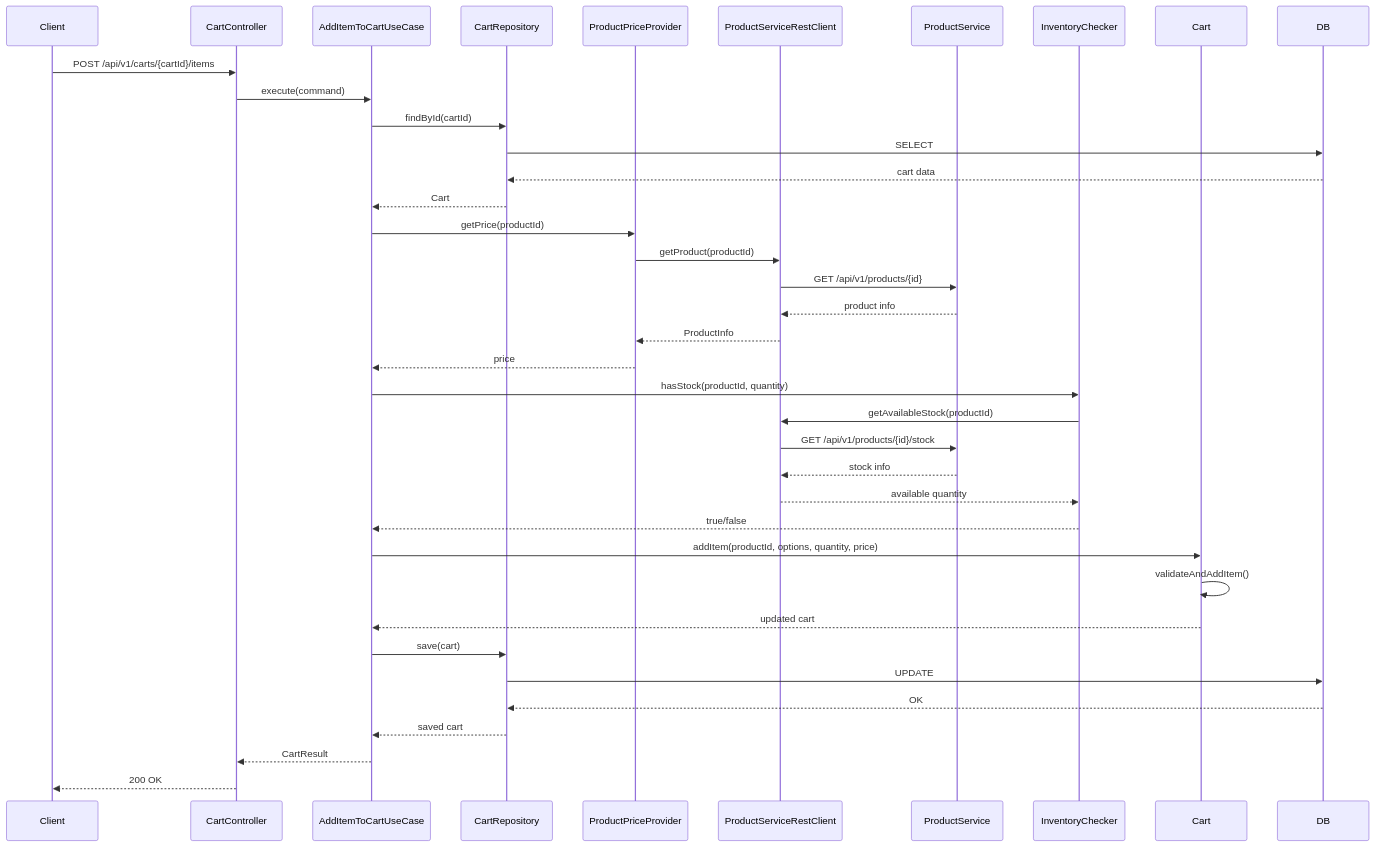
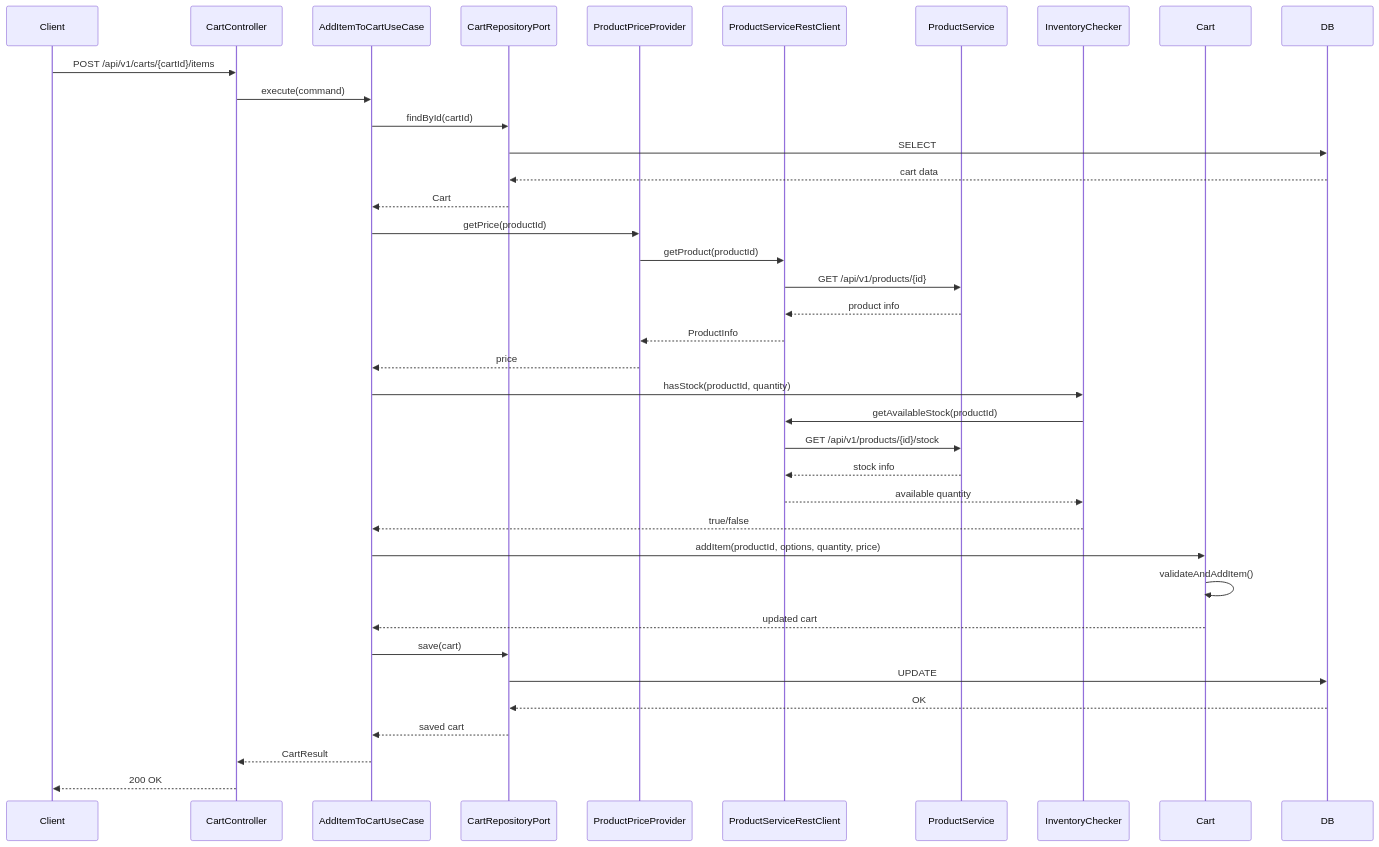
The second of 7 diagrams in purchasing-service/hexagonal/docs/sequence-diagrams.md (INNER-CIRCLE-ICD4/Project-3.-Commerce-2), drawn with Mermaid before and after one commit. The commit also changed other lines of this file, not shown here.

Commit message:
다이어그램에 반영

````diff
--- a/purchasing-service/hexagonal/docs/sequence-diagrams.md
+++ b/purchasing-service/hexagonal/docs/sequence-diagrams.md
@@ -37,52 +43,52 @@
 ```mermaid
 sequenceDiagram
     participant Client
     participant CartController
     participant AddItemToCartUseCase
-    participant CartRepository
+    participant CartRepositoryPort
     participant ProductPriceProvider
     participant ProductServiceRestClient
     participant ProductService
     participant InventoryChecker
     participant Cart
     participant DB
 
     Client->>CartController: POST /api/v1/carts/{cartId}/items
     CartController->>AddItemToCartUseCase: execute(command)
     
     %% 장바구니 조회
-    AddItemToCartUseCase->>CartRepository: findById(cartId)
-    CartRepository->>DB: SELECT
-    DB-->>CartRepository: cart data
-    CartRepository-->>AddItemToCartUseCase: Cart
+    AddItemToCartUseCase->>CartRepositoryPort: findById(cartId)
+    CartRepositoryPort->>DB: SELECT
+    DB-->>CartRepositoryPort: cart data
+    CartRepositoryPort-->>AddItemToCartUseCase: Cart
     
     %% 상품 가격 조회
     AddItemToCartUseCase->>ProductPriceProvider: getPrice(productId)
     ProductPriceProvider->>ProductServiceRestClient: getProduct(productId)
     ProductServiceRestClient->>ProductService: GET /api/v1/products/{id}
     ProductService-->>ProductServiceRestClient: product info
     ProductServiceRestClient-->>ProductPriceProvider: ProductInfo
     ProductPriceProvider-->>AddItemToCartUseCase: price
     
     %% 재고 확인
     AddItemToCartUseCase->>InventoryChecker: hasStock(productId, quantity)
     InventoryChecker->>ProductServiceRestClient: getAvailableStock(productId)
     ProductServiceRestClient->>ProductService: GET /api/v1/products/{id}/stock
     ProductService-->>ProductServiceRestClient: stock info
     ProductServiceRestClient-->>InventoryChecker: available quantity
     InventoryChecker-->>AddItemToCartUseCase: true/false
     
     %% 장바구니에 아이템 추가
     AddItemToCartUseCase->>Cart: addItem(productId, options, quantity, price)
     Cart->>Cart: validateAndAddItem()
     Cart-->>AddItemToCartUseCase: updated cart
     
     %% 저장
-    AddItemToCartUseCase->>CartRepository: save(cart)
-    CartRepository->>DB: UPDATE
-    DB-->>CartRepository: OK
-    CartRepository-->>AddItemToCartUseCase: saved cart
+    AddItemToCartUseCase->>CartRepositoryPort: save(cart)
+    CartRepositoryPort->>DB: UPDATE
+    DB-->>CartRepositoryPort: OK
+    CartRepositoryPort-->>AddItemToCartUseCase: saved cart
     
     AddItemToCartUseCase-->>CartController: CartResult
     CartController-->>Client: 200 OK
 ```
````
